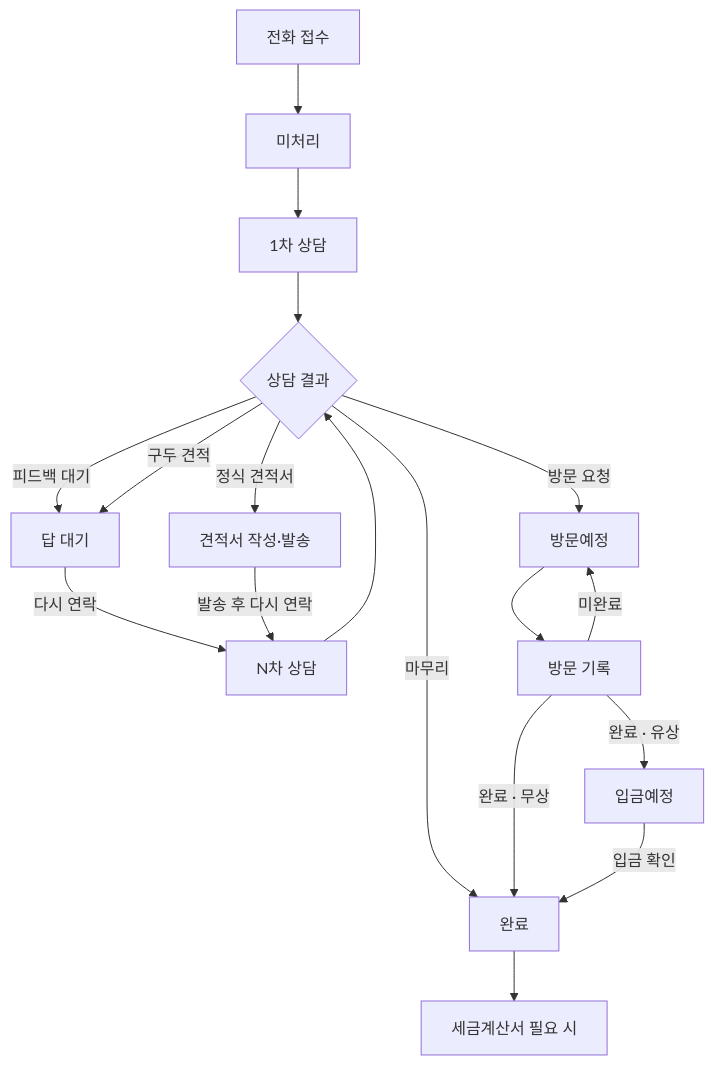
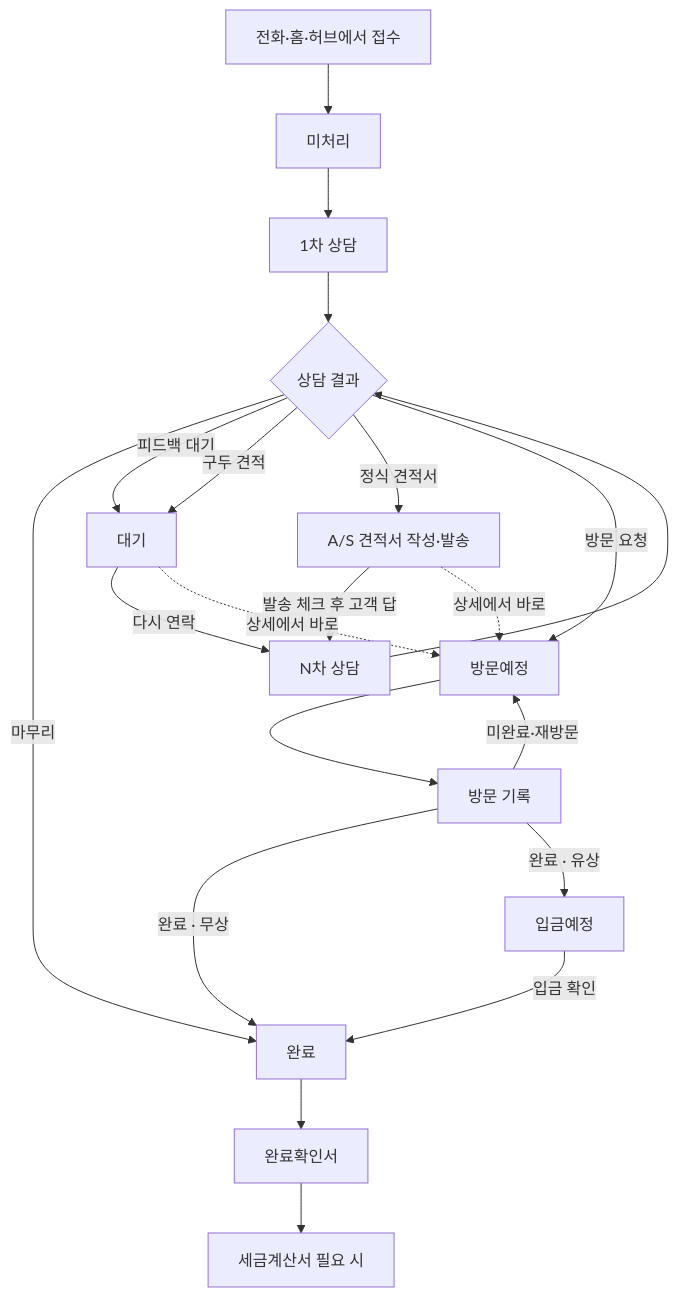
The diagram in docs/CUSTOMER_SUPPORT_FLOW.md (carcase2/COAD_sales_app), drawn with Mermaid before and after one commit. The commit also changed other lines of this file and 25 other files, not shown here.

````diff
--- a/docs/CUSTOMER_SUPPORT_FLOW.md
+++ b/docs/CUSTOMER_SUPPORT_FLOW.md
@@ -8,20 +8,23 @@
 ```mermaid
 flowchart TD
-  A[전화 접수] --> B[미처리]
+  A[전화·홈·허브에서 접수] --> B[미처리]
   B --> C[1차 상담]
   C --> D{상담 결과}
   D -->|마무리| Z[완료]
-  D -->|피드백 대기| E[답 대기]
+  D -->|피드백 대기| E[대기]
   D -->|구두 견적| E
-  D -->|정식 견적서| F[견적서 작성·발송]
+  D -->|정식 견적서| F[A/S 견적서 작성·발송]
   D -->|방문 요청| V[방문예정]
   E -->|다시 연락| C2[N차 상담]
-  F -->|발송 후 다시 연락| C2
+  F -->|발송 체크 후 고객 답| C2
   C2 --> D
+  E -.->|상세에서 바로| V
+  F -.->|상세에서 바로| V
   V --> W[방문 기록]
-  W -->|미완료| V
+  W -->|미완료·재방문| V
   W -->|완료 · 무상| Z
   W -->|완료 · 유상| P[입금예정]
   P -->|입금 확인| Z
-  Z --> T[세금계산서 필요 시]
+  Z --> CF[완료확인서]
+  CF --> T[세금계산서 필요 시]
 ```
````
